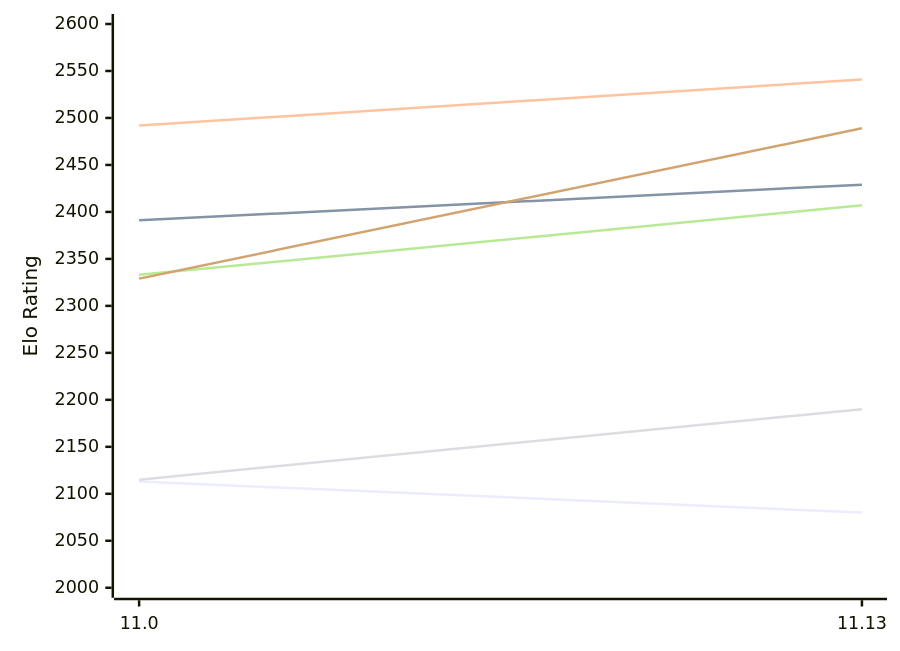
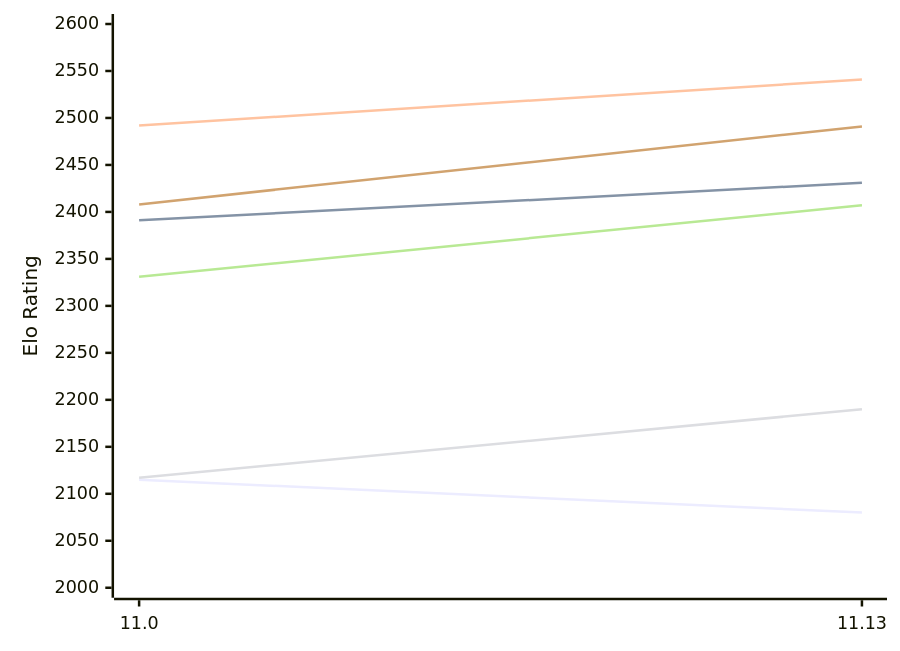
One commit to computer-chess-index/cci changed the diagram in engines/Liora.md. Above: the diagram before and after it, drawn with Mermaid. The commit also changed other lines of this file, not shown here.

Commit message:
Update CCI Ratings (ELO VLTC) - 2026-11-27

````diff
--- a/engines/Liora.md
+++ b/engines/Liora.md
@@ -49,12 +49,12 @@
 ```mermaid
 %%{init: {"theme":"base","themeVariables":{"seriesColors:['#a3a3a3','#222221','#faa371']}}}%%
 xychart-beta
   x-axis ["11.0", "11.13"]
   y-axis "Elo Rating" 2000 --> 2600
-  line "E1: STC (8.0+0.08s)" [2113, 2080]
-  line "E1: LTC (60.0+0.60s)" [2391, 2429]
+  line "E1: STC (8.0+0.08s)" [2115, 2080]
+  line "E1: LTC (60.0+0.60s)" [2391, 2431]
   line "E1: VLTC (2m24s+1.12s)" [2492, 2541]
-  line "P1: STC (8.0+0.08s)" [2115, 2190]
-  line "P1: LTC (60.0+0.60s)" [2333, 2407]
-  line "P1: VLTC (2m24s+1.12s)" [2329, 2489]
+  line "P1: STC (8.0+0.08s)" [2117, 2190]
+  line "P1: LTC (60.0+0.60s)" [2331, 2407]
+  line "P1: VLTC (2m24s+1.12s)" [2408, 2491]
 ```
````
